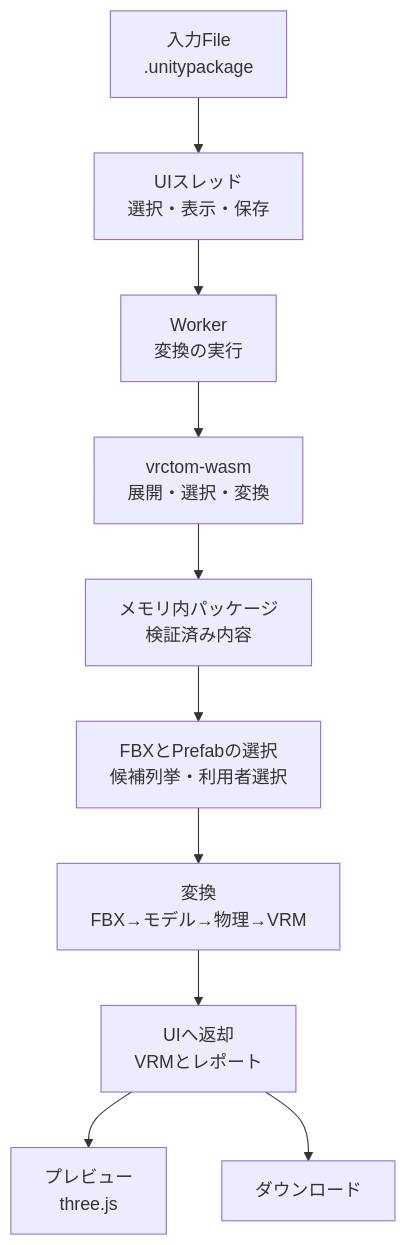
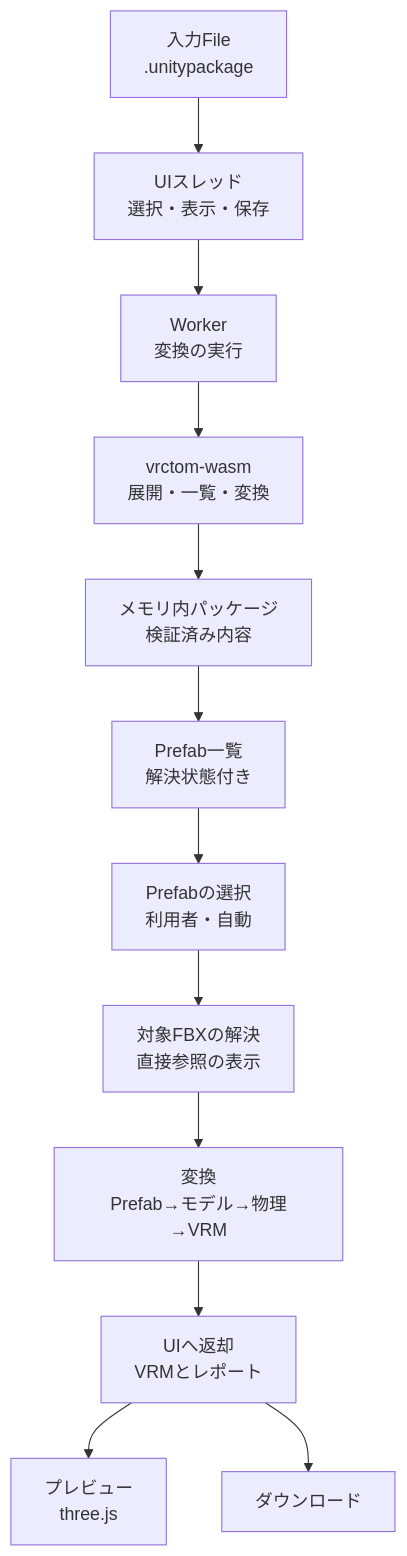
One commit to halby24/vrctom changed the first of 2 diagrams in design/Webアプリ.md. Above: the diagram before and after it, drawn with Mermaid. The commit also changed other lines of this file and 22 other files, not shown here.

````diff
--- a/design/Webアプリ.md
+++ b/design/Webアプリ.md
@@ -19,12 +19,14 @@
 ```mermaid
 flowchart TB
     file[入力File<br/>.unitypackage] --> ui[UIスレッド<br/>選択・表示・保存]
     ui --> worker[Worker<br/>変換の実行]
-    worker --> wasm[vrctom-wasm<br/>展開・選択・変換]
+    worker --> wasm[vrctom-wasm<br/>展開・一覧・変換]
     wasm --> mem[メモリ内パッケージ<br/>検証済み内容]
-    mem --> fbxsel[FBXとPrefabの選択<br/>候補列挙・利用者選択]
-    fbxsel --> conv[変換<br/>FBX→モデル→物理→VRM]
+    mem --> plist[Prefab一覧<br/>解決状態付き]
+    plist --> psel[Prefabの選択<br/>利用者・自動]
+    psel --> fbxres[対象FBXの解決<br/>直接参照の表示]
+    fbxres --> conv[変換<br/>Prefab→モデル→物理→VRM]
     conv --> back[UIへ返却<br/>VRMとレポート]
     back --> prev[プレビュー<br/>three.js]
     back --> dl[ダウンロード]
 ```
````
